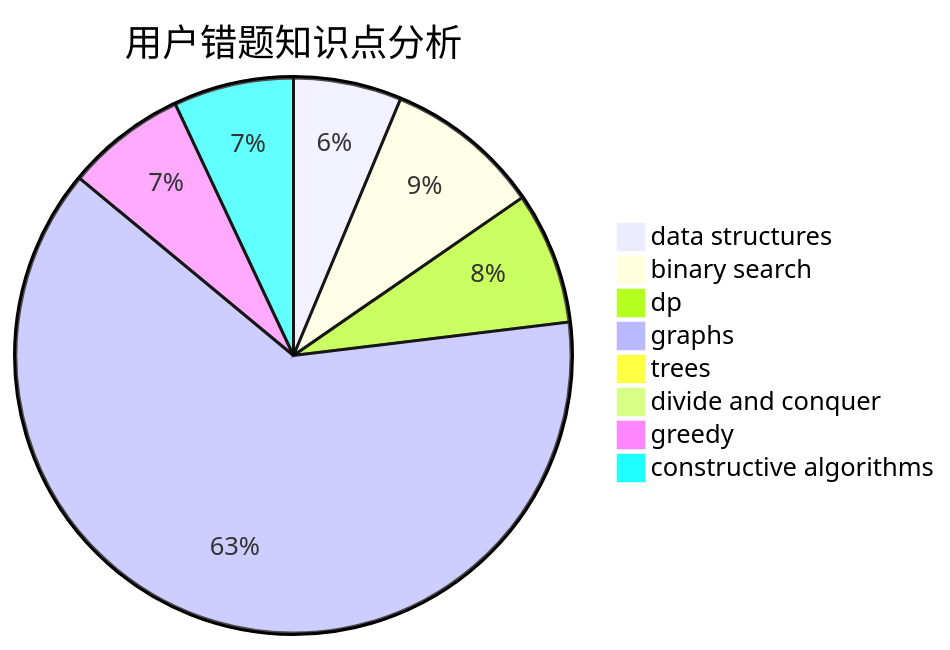
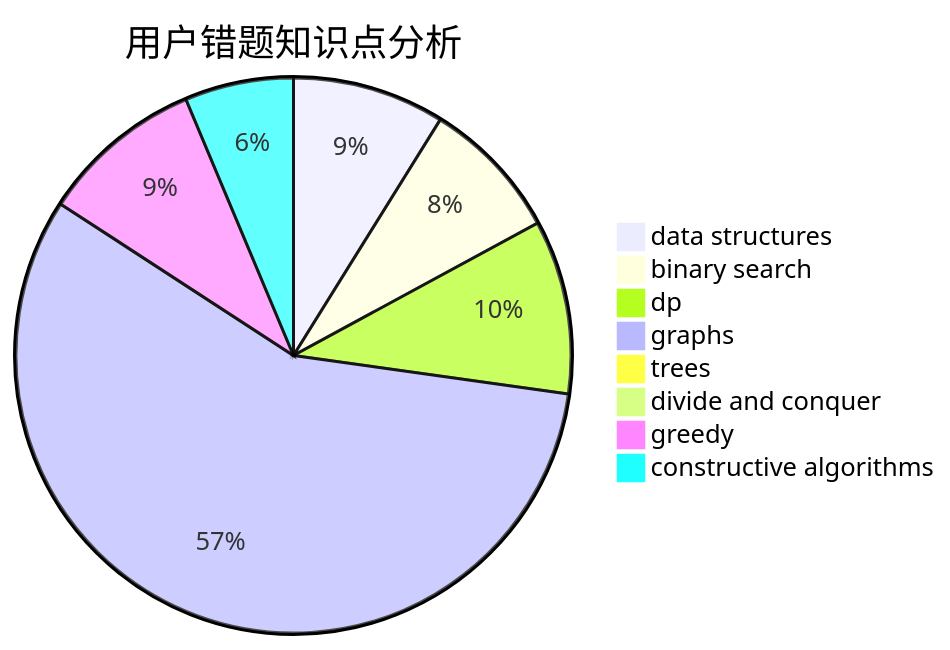
One commit to sherpahu/cfrs.github.io changed the third of 3 diagrams in docs/user/u2000.md. Above: the diagram before and after it, drawn with Mermaid. The commit also changed other lines of this file and 2770 other files, not shown here.

````diff
--- a/docs/user/u2000.md
+++ b/docs/user/u2000.md
@@ -36,11 +36,11 @@
 ```mermaid
 pie title 用户错题知识点分析
-    "data structures" :  9
+    "data structures" :  14
     "binary search" :  13
-    "dp" :  11
+    "dp" :  16
     "graphs" :  90
     "trees" :  1
     "divide and conquer" :  0
-    "greedy" :  10
+    "greedy" :  15
     "constructive algorithms" :  10
 ```
````
